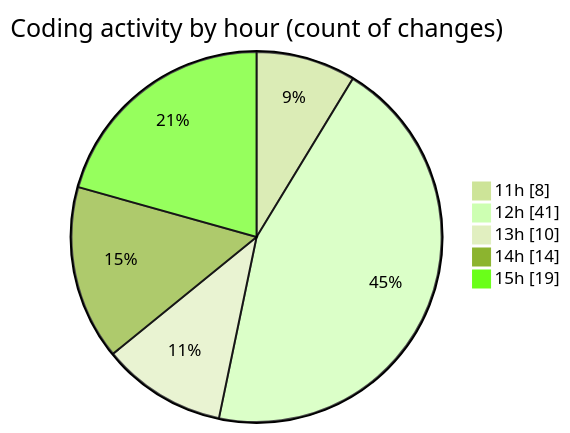
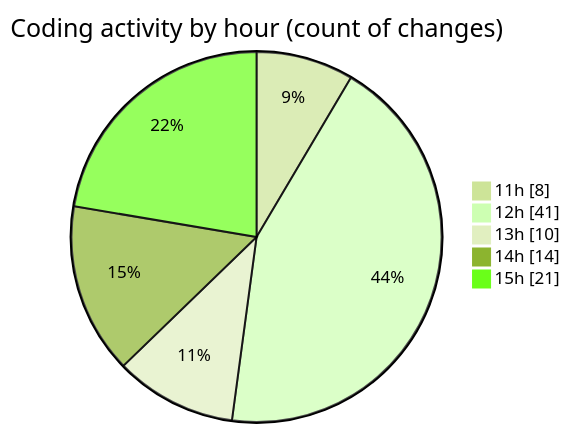
One commit to BS-eng2023/code-tracking changed the second of 2 diagrams in 2025-05-04/project/README.md. Above: the diagram before and after it, drawn with Mermaid (forest theme). The commit also changed other lines of this file and 1 other file, not shown here.

````diff
--- a/2025-05-04/project/README.md
+++ b/2025-05-04/project/README.md
@@ -50,9 +50,9 @@
 ```mermaid
 pie showData
 title Coding activity by hour (count of changes)
 "11h" : 8
 "12h" : 41
 "13h" : 10
 "14h" : 14
-"15h" : 19
+"15h" : 21
 ```
````
